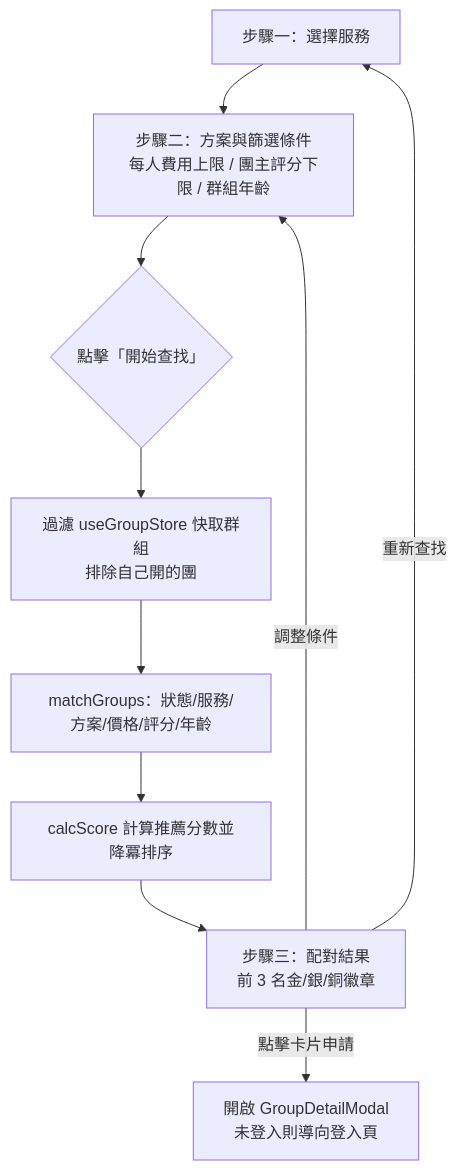
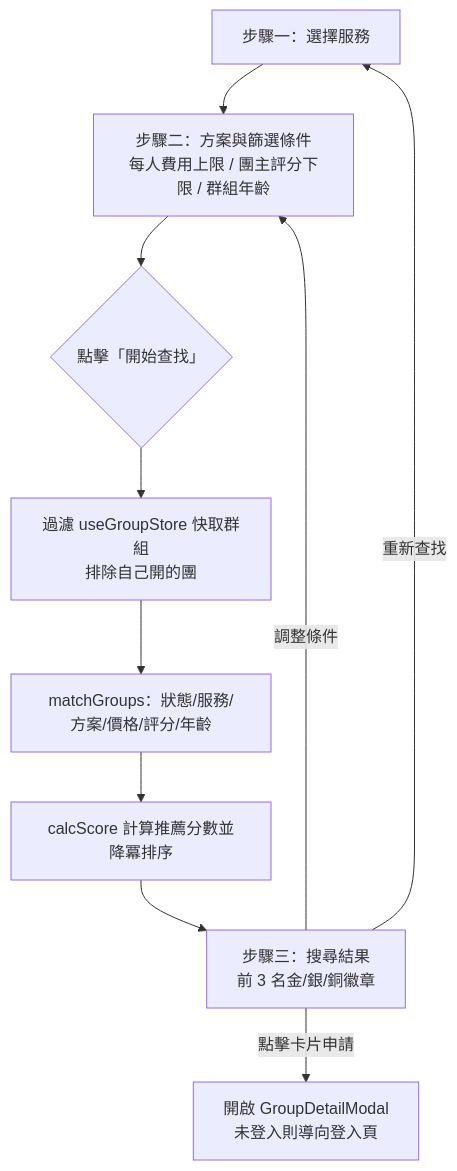
The diagram in docs/flows/quick-match-flow.md (s1092055/PartyMatch), drawn with Mermaid before and after one commit. The commit also changed other lines of this file and 5 other files, not shown here.

````diff
--- a/docs/flows/quick-match-flow.md
+++ b/docs/flows/quick-match-flow.md
@@ -8,12 +8,12 @@
 ```mermaid
 flowchart TD
     A[步驟一：選擇服務] --> B[步驟二：方案與篩選條件\n每人費用上限 / 團主評分下限 / 群組年齡]
     B --> C{點擊「開始查找」}
     C --> D[過濾 useGroupStore 快取群組\n排除自己開的團]
     D --> E[matchGroups：狀態/服務/方案/價格/評分/年齡]
     E --> F[calcScore 計算推薦分數並降冪排序]
-    F --> G[步驟三：配對結果\n前 3 名金/銀/銅徽章]
+    F --> G[步驟三：搜尋結果\n前 3 名金/銀/銅徽章]
     G -->|調整條件| B
     G -->|重新查找| A
     G -->|點擊卡片申請| H[開啟 GroupDetailModal\n未登入則導向登入頁]
 ```
````
